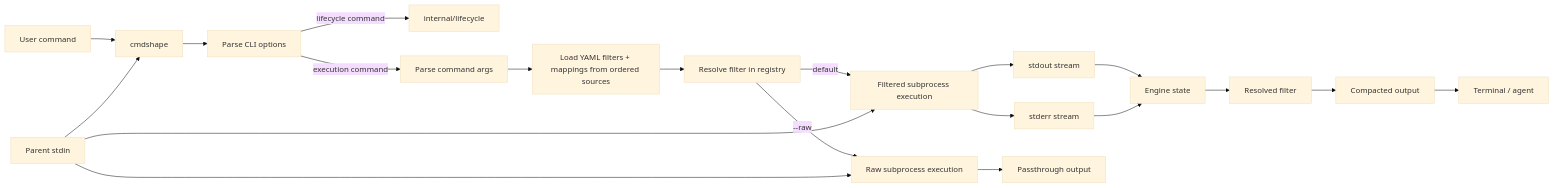
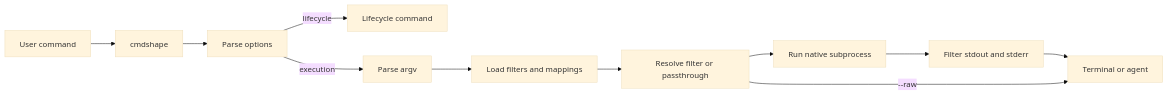
One commit to SuppieRK/ccp changed the diagram in ARCHITECTURE.md. Above: the diagram before and after it, drawn with Mermaid (base theme). The commit also changed other lines of this file and 28 other files, not shown here.

````diff
--- a/ARCHITECTURE.md
+++ b/ARCHITECTURE.md
@@ -32,22 +26,13 @@
 ```mermaid
 flowchart LR
     U[User command] --> C[cmdshape]
-    IN[Parent stdin] --> C
-    C --> O[Parse CLI options]
-    O -->|lifecycle command| L[internal/lifecycle]
-    O -->|execution command| P[Parse command args]
-    P --> D[Load YAML filters + mappings from ordered sources]
-    D --> R[Resolve filter in registry]
-    R -->|--raw| X0[Raw subprocess execution]
-    R -->|default| X1[Filtered subprocess execution]
-    IN --> X0
-    IN --> X1
-    X1 --> S1[stdout stream]
-    X1 --> S2[stderr stream]
-    S1 --> E[Engine state]
-    S2 --> E
-    E --> F[Resolved filter]
-    F --> OUT[Compacted output]
-    OUT --> T[Terminal / agent]
-    X0 --> TR[Passthrough output]
+    C --> O[Parse options]
+    O -->|lifecycle| L[Lifecycle command]
+    O -->|execution| P[Parse argv]
+    P --> D[Load filters and mappings]
+    D --> R[Resolve filter or passthrough]
+    R --> X[Run native subprocess]
+    X --> E[Filter stdout and stderr]
+    E --> T[Terminal or agent]
+    R -->|--raw| T
 ```
````
